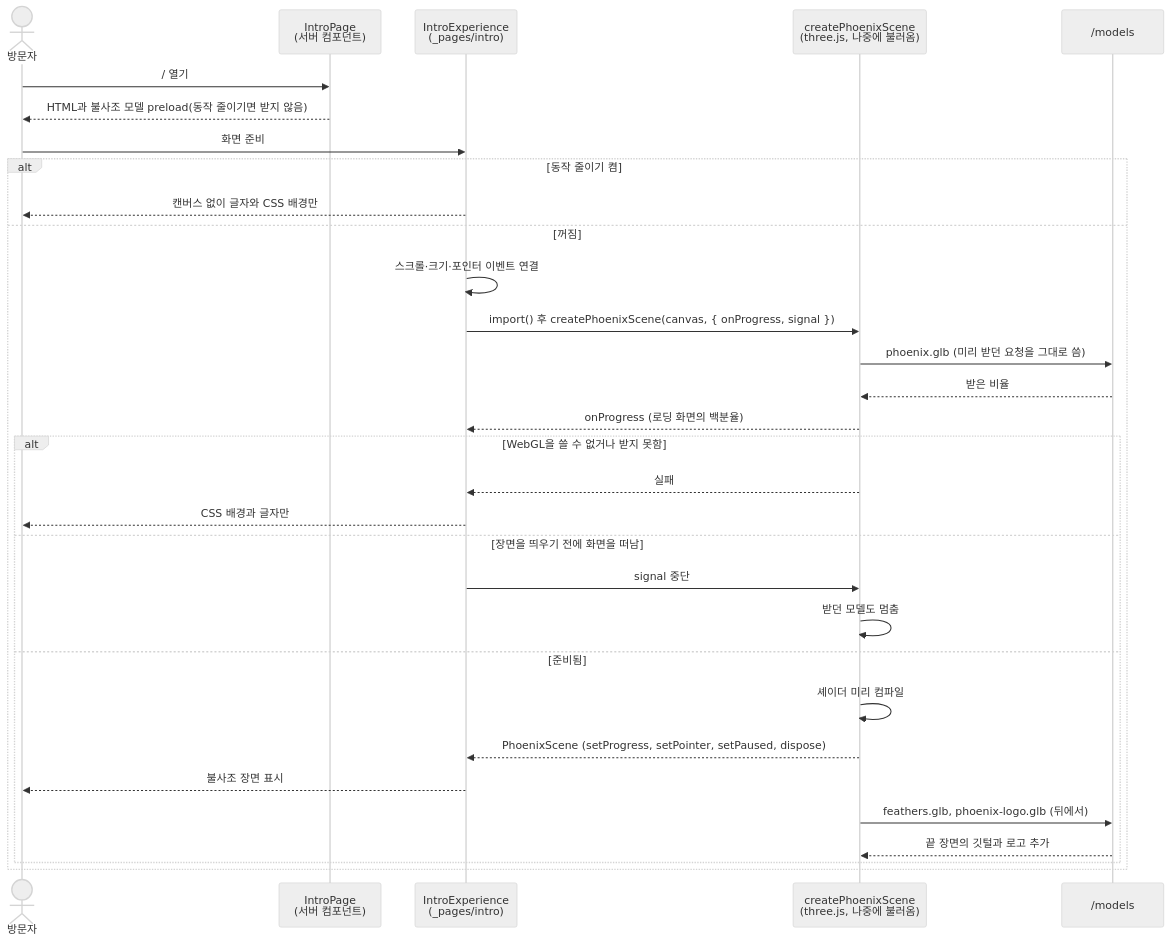
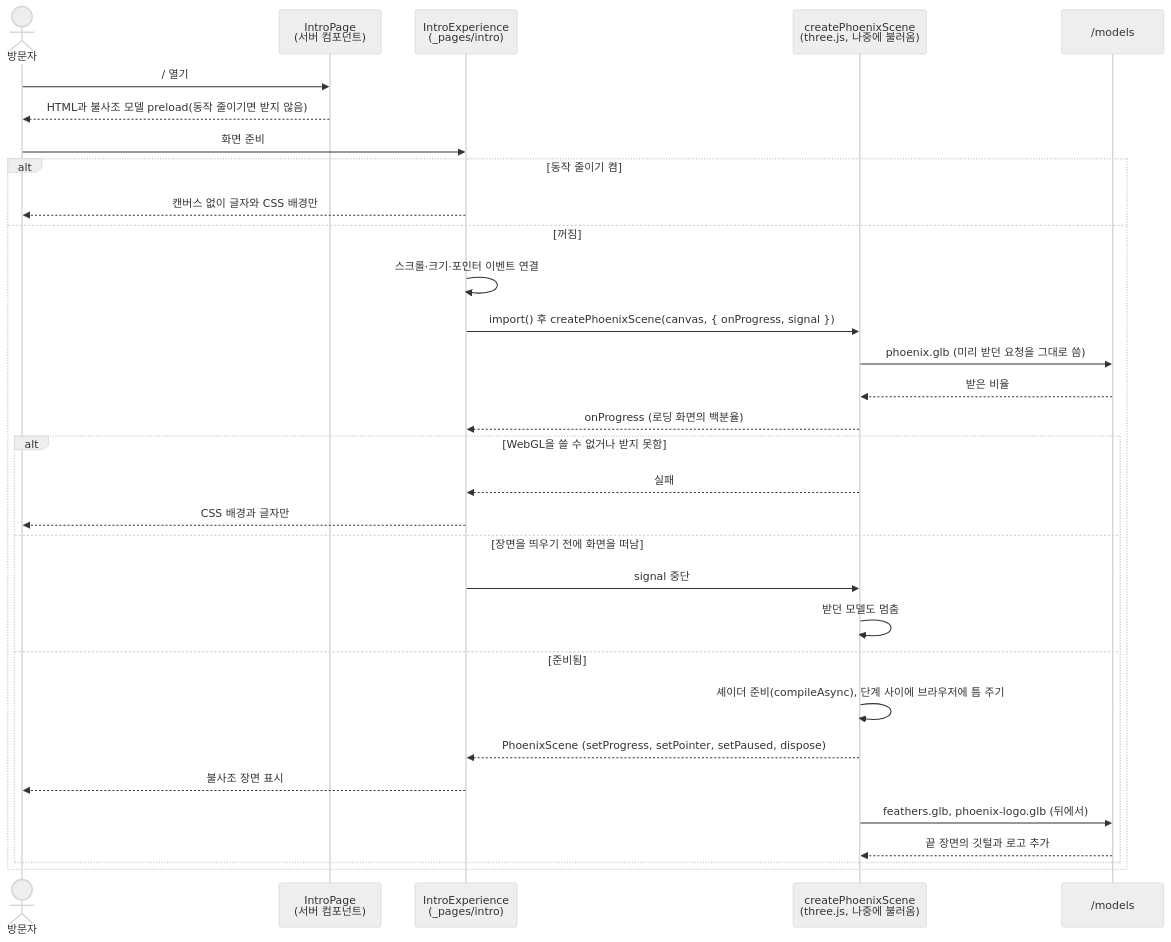
The first of 2 diagrams in docs/sequence-diagrams.md (ryushin01/Genesis), drawn with Mermaid (neutral theme) before and after one commit. The commit also changed other lines of this file and 19 other files, not shown here.

````diff
--- a/docs/sequence-diagrams.md
+++ b/docs/sequence-diagrams.md
@@ -9,34 +9,34 @@
 ```mermaid
 sequenceDiagram
     actor 방문자
     participant 페이지 as IntroPage<br/>(서버 컴포넌트)
     participant 인트로 as IntroExperience<br/>(_pages/intro)
     participant 장면 as createPhoenixScene<br/>(three.js, 나중에 불러옴)
     participant 모델 as /models
 
     방문자->>페이지: / 열기
     페이지-->>방문자: HTML과 불사조 모델 preload(동작 줄이기면 받지 않음)
     방문자->>인트로: 화면 준비
     alt 동작 줄이기 켬
         인트로-->>방문자: 캔버스 없이 글자와 CSS 배경만
     else 꺼짐
         인트로->>인트로: 스크롤·크기·포인터 이벤트 연결
         인트로->>장면: import() 후 createPhoenixScene(canvas, { onProgress, signal })
         장면->>모델: phoenix.glb (미리 받던 요청을 그대로 씀)
         모델-->>장면: 받은 비율
         장면-->>인트로: onProgress (로딩 화면의 백분율)
         alt WebGL을 쓸 수 없거나 받지 못함
             장면-->>인트로: 실패
             인트로-->>방문자: CSS 배경과 글자만
         else 장면을 띄우기 전에 화면을 떠남
             인트로->>장면: signal 중단
             장면->>장면: 받던 모델도 멈춤
         else 준비됨
-            장면->>장면: 셰이더 미리 컴파일
+            장면->>장면: 셰이더 준비(compileAsync), 단계 사이에 브라우저에 틈 주기
             장면-->>인트로: PhoenixScene (setProgress, setPointer, setPaused, dispose)
             인트로-->>방문자: 불사조 장면 표시
             장면->>모델: feathers.glb, phoenix-logo.glb (뒤에서)
             모델-->>장면: 끝 장면의 깃털과 로고 추가
         end
     end
 ```
````
